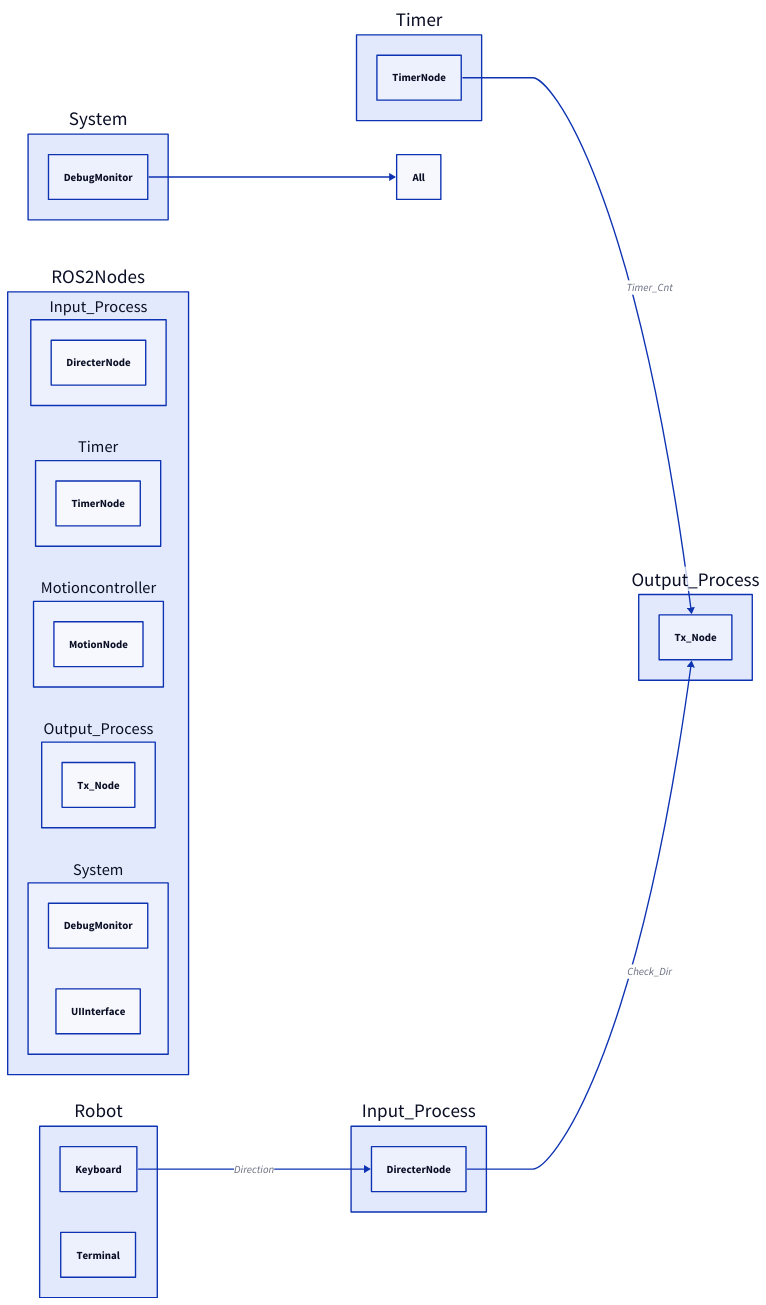
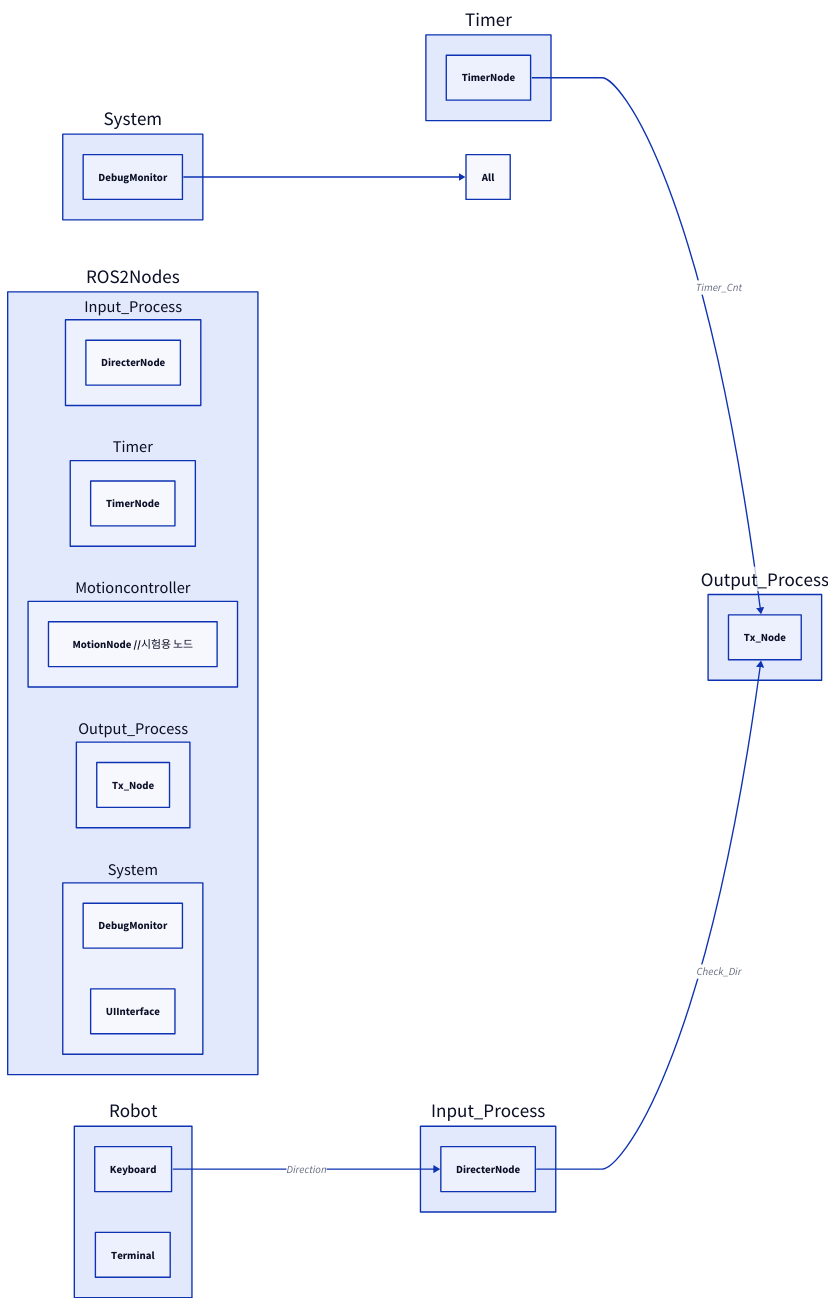
The diagram in Architecture/Dev_Project_01.d2 (Beomme0512/Ros2_Project), drawn with D2 before and after one commit.

Commit message:
Dev_Project_01.d2 업데이트
코멘트작성

```diff
--- a/Architecture/Dev_Project_01.d2
+++ b/Architecture/Dev_Project_01.d2
@@ -1,41 +1,41 @@
 direction: right
 
 Robot {
     Keyboard
     Terminal
 }
 
 ROS2Nodes {
   Input_Process {
     DirecterNode
   }
   
   Timer {
     TimerNode
   }
 
   Motioncontroller {
-    MotionNode
+    MotionNode //시험용 노드
   }
 
 
   Output_Process {
     Tx_Node
   }
 
   System {
     DebugMonitor
     UIInterface
   }
 }
 
 #message flow
 Robot.Keyboard -> Input_Process.DirecterNode : Direction
 
 Timer.TimerNode -> Output_Process.Tx_Node : Timer_Cnt
 Input_Process.DirecterNode -> Output_Process.Tx_Node : Check_Dir
 
 
 #Display
 #System.UIInterface -> PlanningNodes.GameStateManager
 System.DebugMonitor -> All
```
